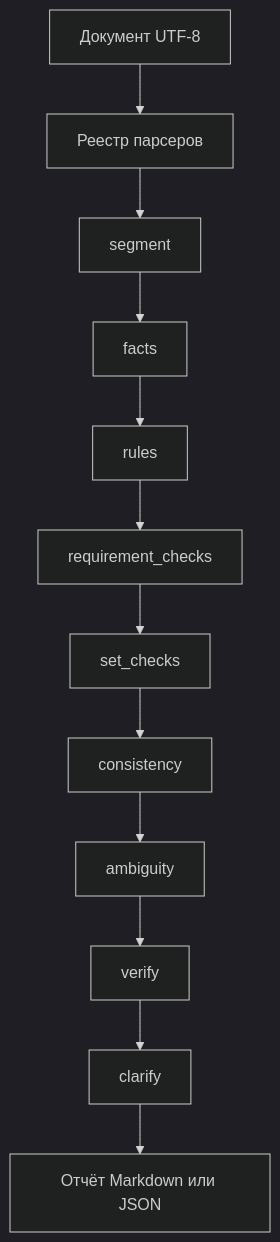
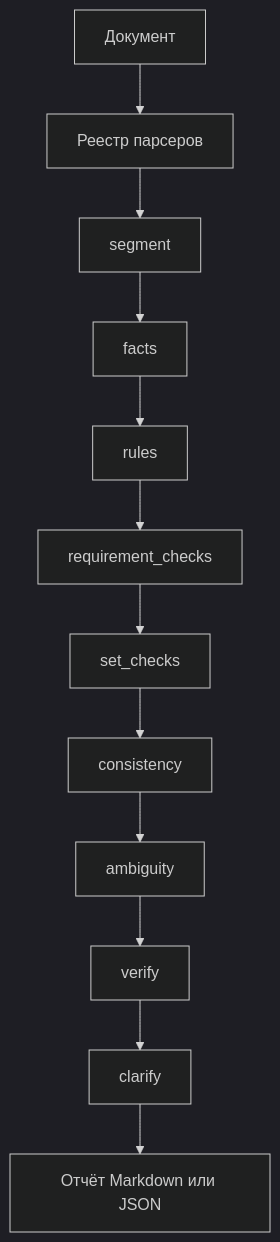
One commit to mathalama/ai-agent-challenge changed the diagram in docs/architecture.md. Above: the diagram before and after it, drawn with Mermaid (dark theme). The commit also changed other lines of this file and 21 other files, not shown here.

````diff
--- a/docs/architecture.md
+++ b/docs/architecture.md
@@ -3,14 +3,14 @@
 ```mermaid
 flowchart TD
-    Input[Документ UTF-8] --> Parser[Реестр парсеров]
+    Input[Документ] --> Parser[Реестр парсеров]
     Parser --> Segment[segment]
     Segment --> Facts[facts]
     Facts --> Rules[rules]
     Rules --> Requirement[requirement_checks]
     Requirement --> Set[set_checks]
     Set --> Consistency[consistency]
     Consistency --> Ambiguity[ambiguity]
     Ambiguity --> Verify[verify]
     Verify --> Clarify[clarify]
     Clarify --> Report[Отчёт Markdown или JSON]
 ```
````
